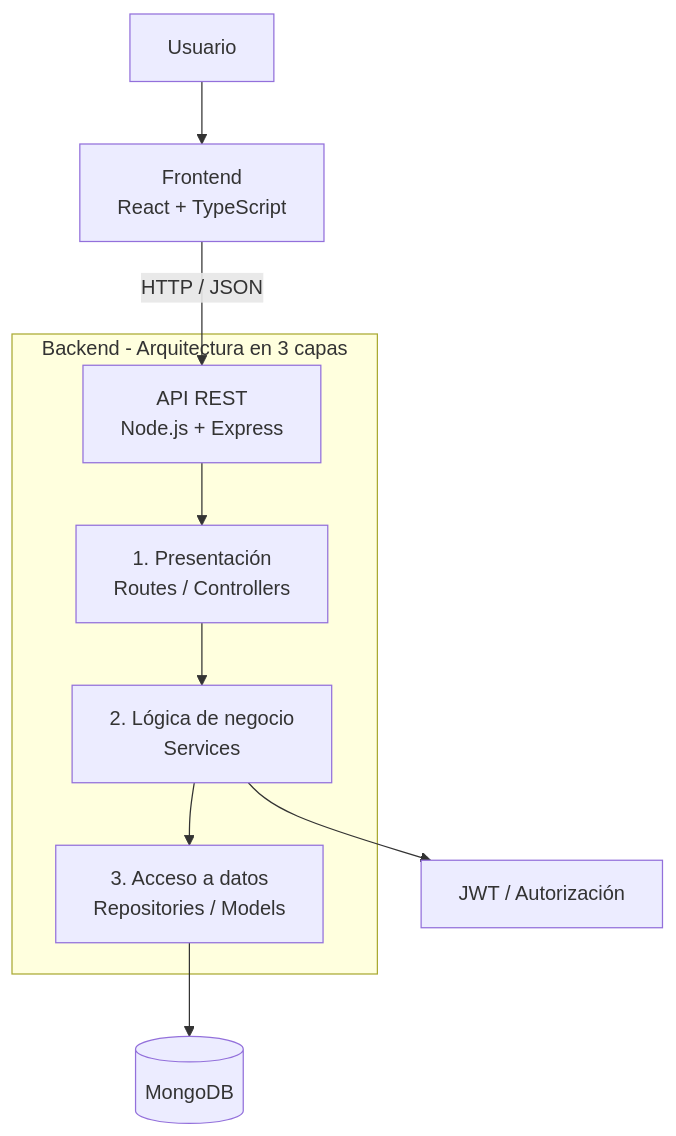
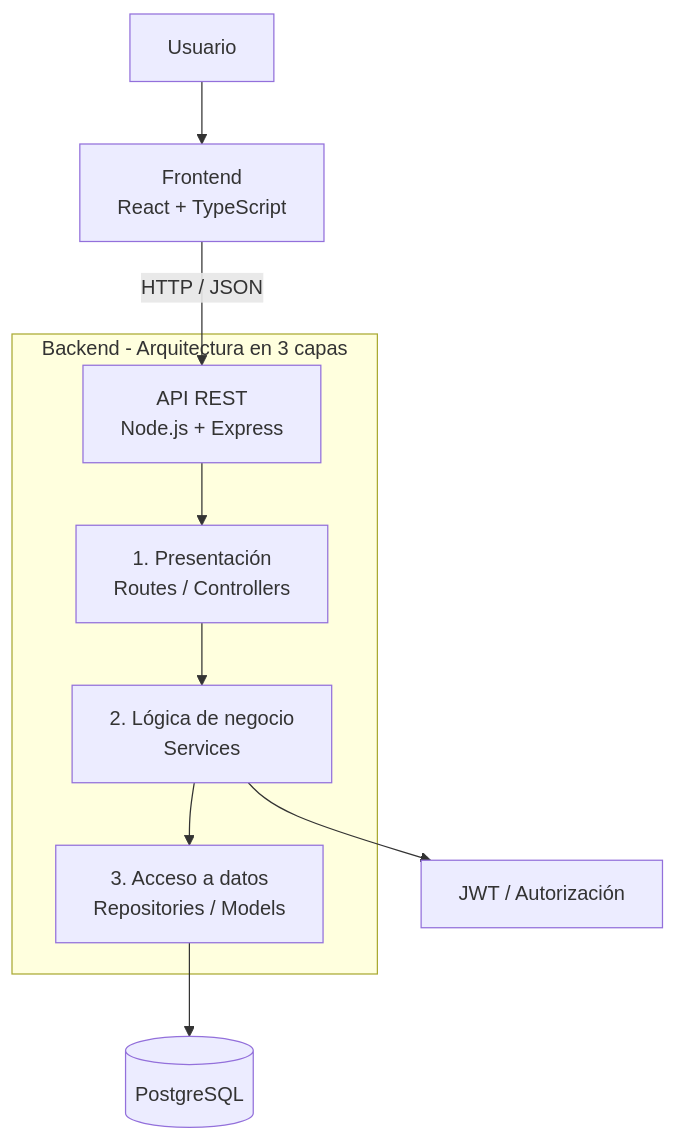
Before and after one commit to NicolasArrastia/UTN-TFI: the first of 2 diagrams in docs/arquitectura/01-arquitectura-general.md, drawn with Mermaid. The commit also changed other lines of this file and 6 other files, not shown here.

Commit message:
docs: update PostgreSQL documentation and app structures

````diff
--- a/docs/arquitectura/01-arquitectura-general.md
+++ b/docs/arquitectura/01-arquitectura-general.md
@@ -15,15 +15,15 @@
 ```mermaid
 flowchart TB
     U[Usuario] --> F[Frontend<br/>React + TypeScript]
     F -->|HTTP / JSON| API[API REST<br/>Node.js + Express]
 
     subgraph Backend["Backend - Arquitectura en 3 capas"]
         API --> C[1. Presentación<br/>Routes / Controllers]
         C --> S[2. Lógica de negocio<br/>Services]
         S --> R[3. Acceso a datos<br/>Repositories / Models]
     end
 
-    R --> DB[(MongoDB)]
+    R --> DB[(PostgreSQL)]
 
     S --> AUTH[JWT / Autorización]
 ```
````
